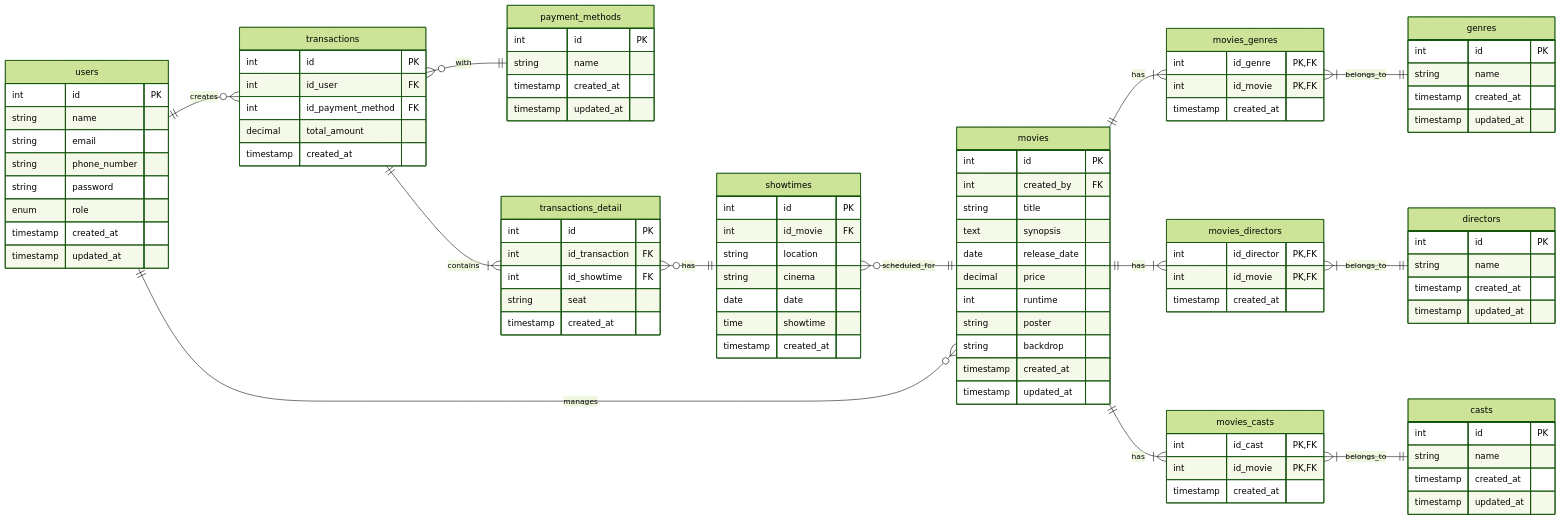
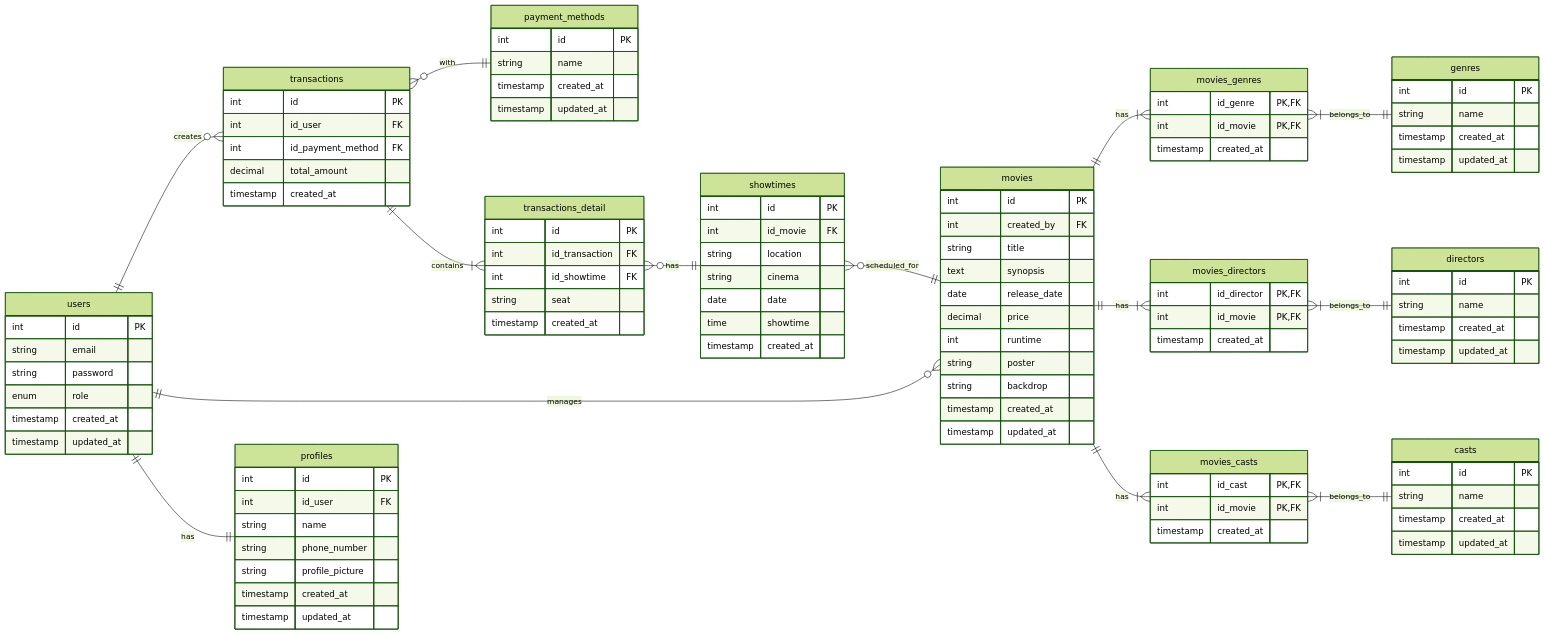
One commit to mdavindarinaldy/fgo24-be-tickitz changed the diagram in README.md. Above: the diagram before and after it, drawn with Mermaid (forest theme).

Commit message:
docs: update ERD on README documentation to match the new db schema

````diff
--- a/README.md
+++ b/README.md
@@ -4,12 +4,19 @@
 erDiagram
     direction LR
     users {
-        int id PK
-        string name
+        int id PK      
         string email
-        string phone_number
         string password
         enum role
+        timestamp created_at
+        timestamp updated_at
+    }
+    profiles {
+        int id PK
+        int id_user FK
+        string name
+        string phone_number
+        string profile_picture
         timestamp created_at
         timestamp updated_at
     }
@@ -103,4 +110,6 @@
     transactions ||--|{ transactions_detail: contains
     showtimes }o--|| movies : scheduled_for
     transactions_detail }o--|| showtimes: has
+
+    users ||--|| profiles: has
 ```
````
